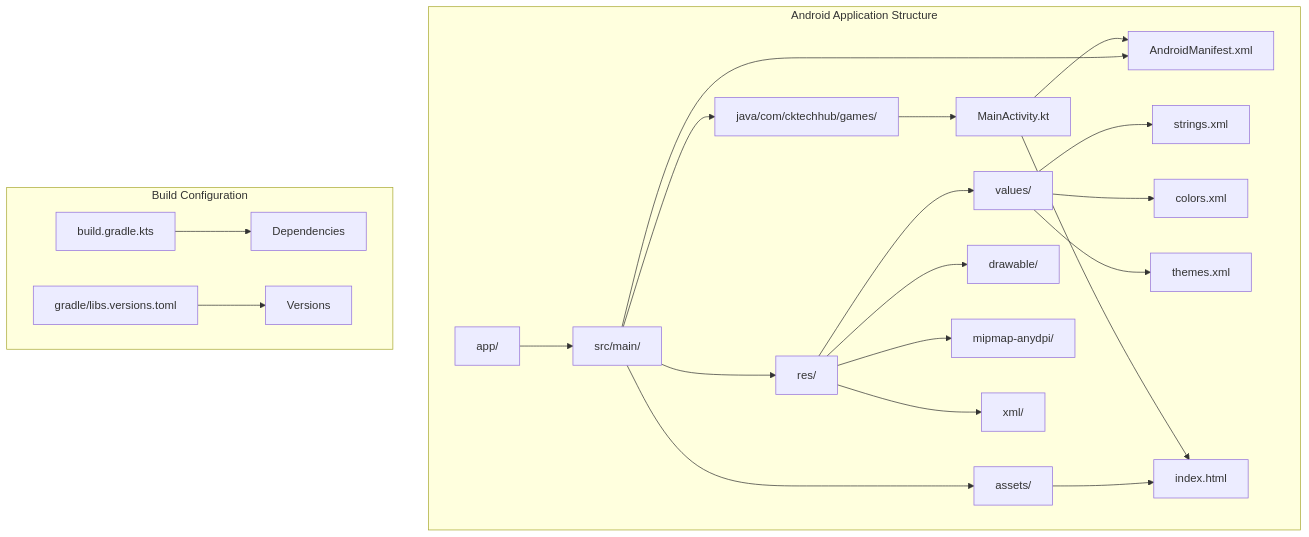
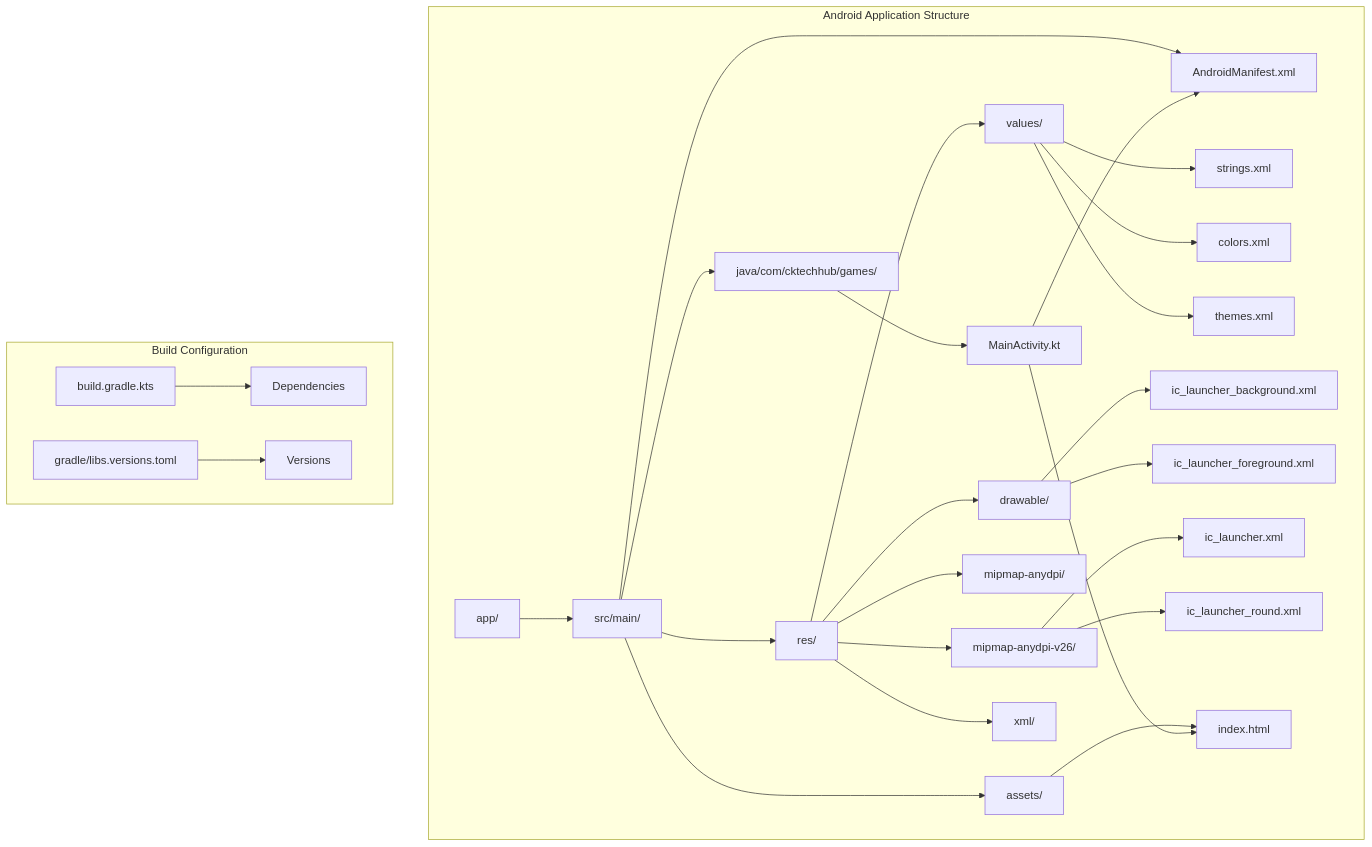
One commit to chetanck03/games changed the first of 6 diagrams in .qoder/repowiki/en/content/Native Android Components/Native Android Components.md. Above: the diagram before and after it, drawn with Mermaid. The commit also changed other lines of this file and 5 other files, not shown here.

````diff
--- a/.qoder/repowiki/en/content/Native Android Components/Native Android Components.md
+++ b/.qoder/repowiki/en/content/Native Android Components/Native Android Components.md
@@ -36,25 +50,30 @@
 ```mermaid
 graph TB
 subgraph "Android Application Structure"
 A[app/] --> B[src/main/]
 B --> C[java/com/cktechhub/games/]
 B --> D[res/]
 B --> E[assets/]
 B --> F[AndroidManifest.xml]
 C --> G[MainActivity.kt]
 D --> H[values/]
 D --> I[drawable/]
 D --> J[mipmap-anydpi/]
-D --> K[xml/]
-H --> L[strings.xml]
-H --> M[colors.xml]
-H --> N[themes.xml]
-E --> O[index.html]
+D --> K[mipmap-anydpi-v26/]
+D --> L[xml/]
+H --> M[strings.xml]
+H --> N[colors.xml]
+H --> O[themes.xml]
+I --> P[ic_launcher_background.xml]
+I --> Q[ic_launcher_foreground.xml]
+K --> R[ic_launcher.xml]
+K --> S[ic_launcher_round.xml]
+E --> T[index.html]
 end
 subgraph "Build Configuration"
-P[build.gradle.kts] --> Q[Dependencies]
-R[gradle/libs.versions.toml] --> S[Versions]
+U[build.gradle.kts] --> V[Dependencies]
+W[gradle/libs.versions.toml] --> X[Versions]
 end
-G --> O
+G --> T
 G --> F
 ```
````
